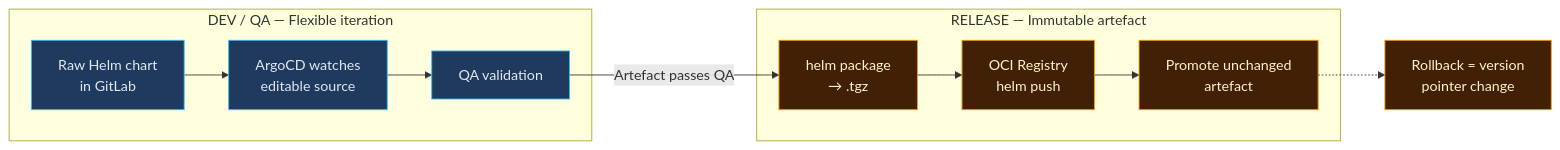
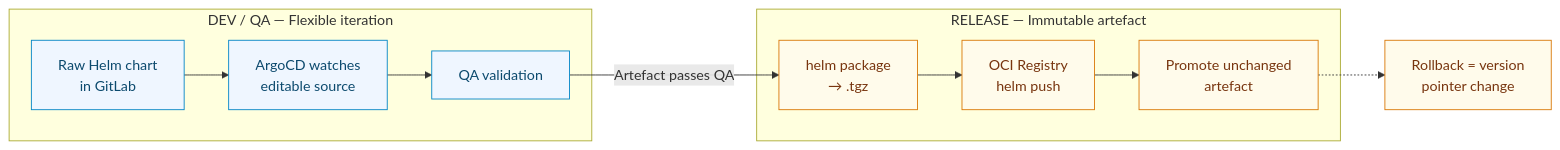
The sixth of 8 diagrams in SA_Guild_Architecture.md (ashir321/work), drawn with Mermaid before and after one commit. The commit also changed other lines of this file, not shown here.

First line of the commit message:
Switch architecture diagrams to white/light theme

````diff
--- a/SA_Guild_Architecture.md
+++ b/SA_Guild_Architecture.md
@@ -263,28 +263,28 @@
 ```mermaid
 flowchart LR
     subgraph DEV_QA["DEV / QA — Flexible iteration"]
         RAW["Raw Helm chart<br/>in GitLab"]
         ARGO_DEV["ArgoCD watches<br/>editable source"]
         QA["QA validation"]
         RAW --> ARGO_DEV --> QA
     end
 
     subgraph RELEASE["RELEASE — Immutable artefact"]
         PKG["helm package<br/>→ .tgz"]
         OCI["OCI Registry<br/>helm push"]
         PROMOTE["Promote unchanged<br/>artefact"]
         PKG --> OCI --> PROMOTE
     end
 
     QA -->|"Artefact passes QA"| PKG
 
     ROLLBACK["Rollback = version<br/>pointer change"]
 
     PROMOTE -.-> ROLLBACK
 
-    classDef dev fill:#1e3a5f,stroke:#38bdf8,color:#e2e8f0
-    classDef rel fill:#422006,stroke:#f59e0b,color:#fef3c7
+    classDef dev fill:#eff6ff,stroke:#0284c7,color:#0c4a6e
+    classDef rel fill:#fffbeb,stroke:#d97706,color:#78350f
 
     class RAW,ARGO_DEV,QA dev
     class PKG,OCI,PROMOTE,ROLLBACK rel
 ```
````
